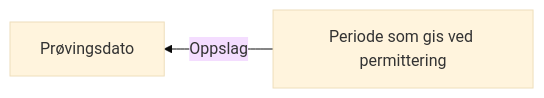
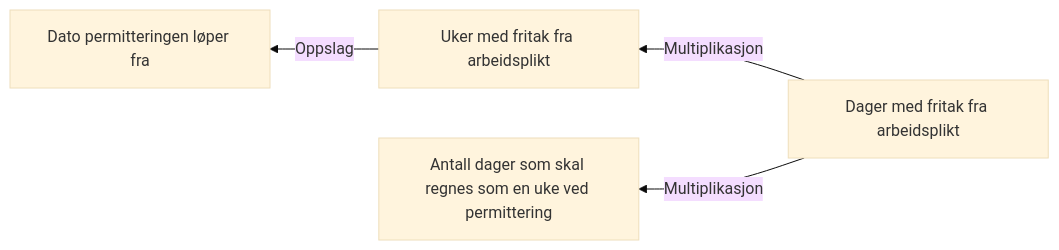
Before and after one commit to navikt/dp-behandling: the diagram in docs/regler/§ 4-7 Permittering (fastsetting).approved.md, drawn with Mermaid (base theme). The commit also changed 44 other files, not shown here.

Commit message:
Tell fritaksperiode ved permittering som en kvote

````diff
--- a/docs/regler/§ 4-7 Permittering (fastsetting).approved.md
+++ b/docs/regler/§ 4-7 Permittering (fastsetting).approved.md
@@ -5,4 +5,6 @@
 ```mermaid
 graph RL
-  A["Periode som gis ved permittering"] -->|"Oppslag"| B["Prøvingsdato"]
+  A["Uker med fritak fra arbeidsplikt"] -->|"Oppslag"| B["Dato permitteringen løper fra"]
+  C["Dager med fritak fra arbeidsplikt"] -->|"Multiplikasjon"| A["Uker med fritak fra arbeidsplikt"]
+  C["Dager med fritak fra arbeidsplikt"] -->|"Multiplikasjon"| D["Antall dager som skal regnes som en uke ved permittering"]
 ```
````
